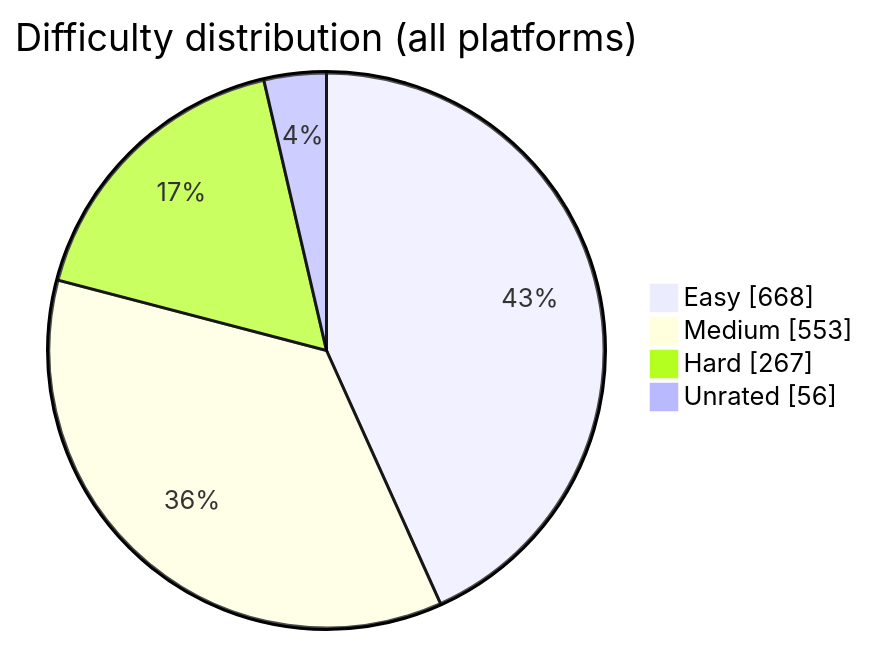
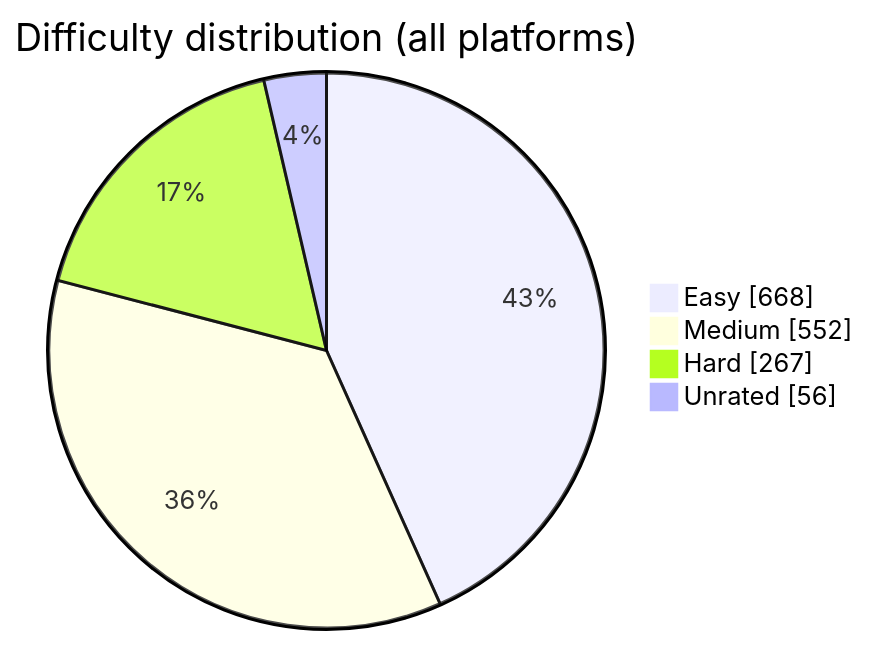
The diagram in README.md (BuildbyArindam/Daily-Coding-Log), drawn with Mermaid before and after one commit. The commit also changed other lines of this file, not shown here.

````diff
--- a/README.md
+++ b/README.md
@@ -93,7 +93,7 @@
 ```mermaid
 pie showData title Difficulty distribution (all platforms)
     "Easy" : 668
-    "Medium" : 553
+    "Medium" : 552
     "Hard" : 267
     "Unrated" : 56
 ```
````
